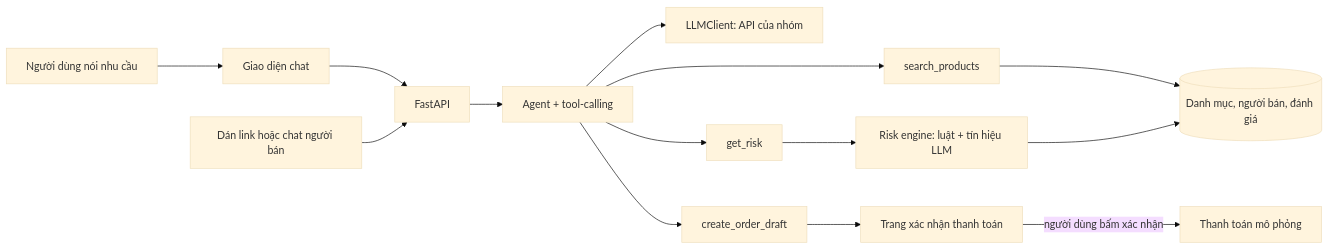
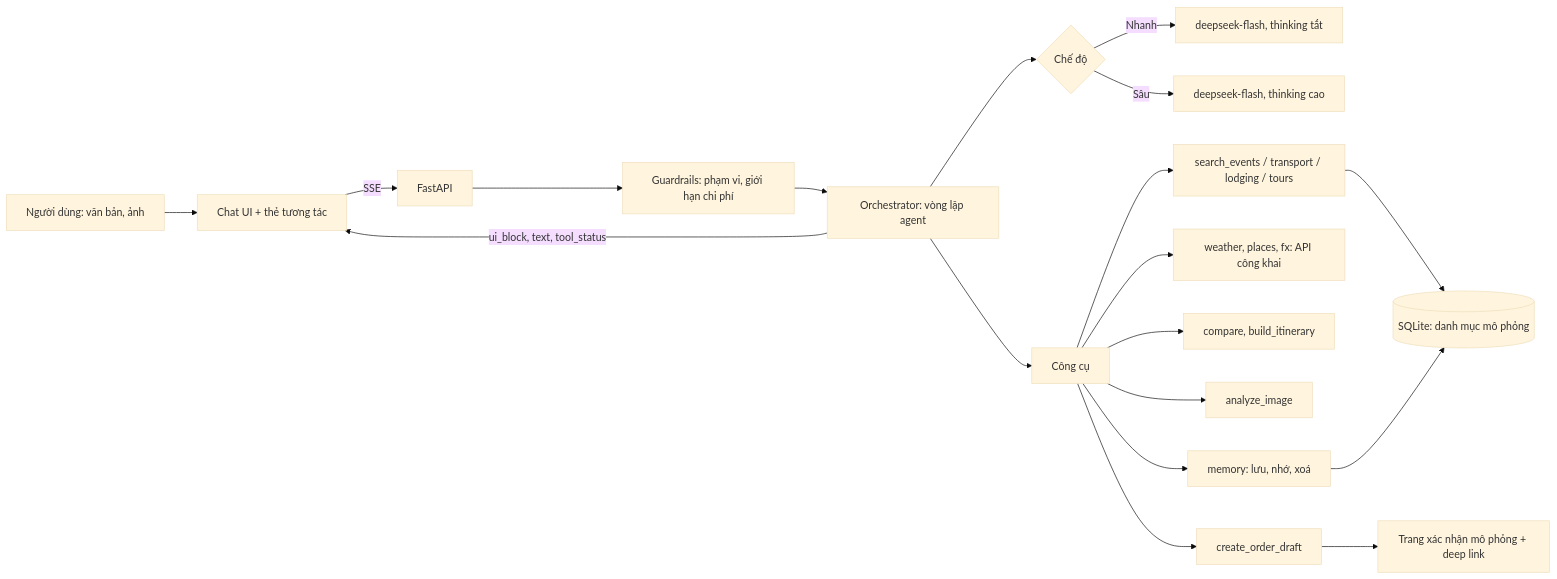
Before and after one commit to Thanhtra1702/momo-tech-top1: the diagram in PLAN.md, drawn with Mermaid (base theme). The commit also changed other lines of this file and 14 other files, not shown here.

````diff
--- a/PLAN.md
+++ b/PLAN.md
@@ -46,16 +85,21 @@
 ```mermaid
 flowchart LR
-  U[Người dùng nói nhu cầu] --> UI[Giao diện chat]
-  UI --> API[FastAPI]
-  API --> AG[Agent + tool-calling]
-  AG --> LC[LLMClient: API của nhóm]
-  AG --> S[search_products]
-  AG --> R[get_risk]
-  AG --> O[create_order_draft]
-  S --> DB[(Danh mục, người bán, đánh giá)]
-  R --> RE[Risk engine: luật + tín hiệu LLM]
-  RE --> DB
-  O --> CK[Trang xác nhận thanh toán]
-  CK -->|người dùng bấm xác nhận| PAY[Thanh toán mô phỏng]
-  V[Dán link hoặc chat người bán] --> API
+  U[Người dùng: văn bản, ảnh] --> UI[Chat UI + thẻ tương tác]
+  UI -->|SSE| API[FastAPI]
+  API --> G[Guardrails: phạm vi, giới hạn chi phí]
+  G --> O[Orchestrator: vòng lặp agent]
+  O --> M{Chế độ}
+  M -->|Nhanh| F[deepseek-flash, thinking tắt]
+  M -->|Sâu| D[deepseek-flash, thinking cao]
+  O --> T[Công cụ]
+  T --> T1[search_events / transport / lodging / tours]
+  T --> T2[weather, places, fx: API công khai]
+  T --> T3[compare, build_itinerary]
+  T --> T4[analyze_image]
+  T --> T5[memory: lưu, nhớ, xoá]
+  T --> T6[create_order_draft]
+  T1 --> DB[(SQLite: danh mục mô phỏng)]
+  T5 --> DB
+  O -->|ui_block, text, tool_status| UI
+  T6 --> CK[Trang xác nhận mô phỏng + deep link]
 ```
````
